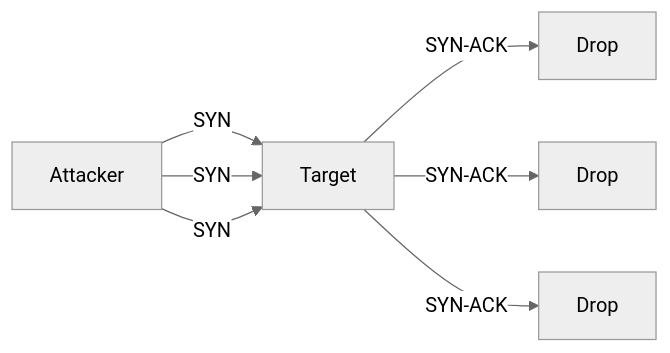
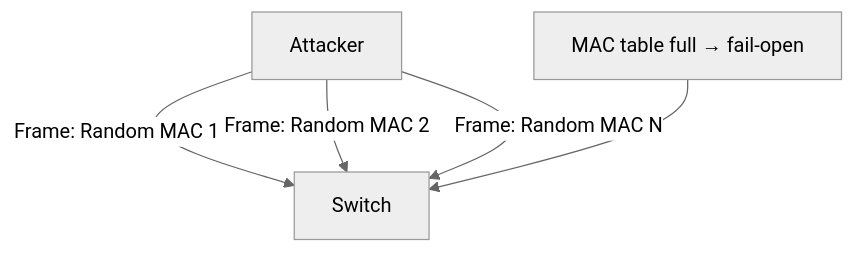
The ninth of 20 diagrams in docs/PLAYBOOK.md (Montimage/mmt-attacker), drawn with Mermaid (neutral theme) before and after one commit. The commit also changed other lines of this file and 6 other files, not shown here.

````diff
--- a/docs/PLAYBOOK.md
+++ b/docs/PLAYBOOK.md
@@ -195,9 +396,7 @@
 ```mermaid
-graph LR
-    A[Attacker] -->|SYN| T[Target]
-    T -->|SYN-ACK| D1[Drop]
-    A -->|SYN| T
-    T -->|SYN-ACK| D2[Drop]
-    A -->|SYN| T
-    T -->|SYN-ACK| D3[Drop]
+graph TB
+    A[Attacker] -->|Frame: Random MAC 1| S[Switch]
+    A -->|Frame: Random MAC 2| S
+    A -->|Frame: Random MAC N| S
+    Note["MAC table full → fail-open"] --> S
 ```
````
